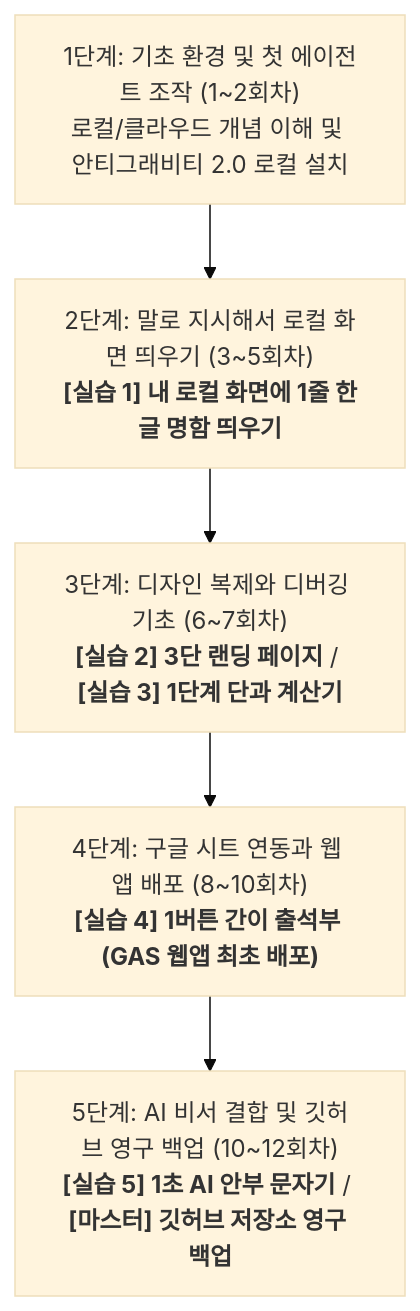
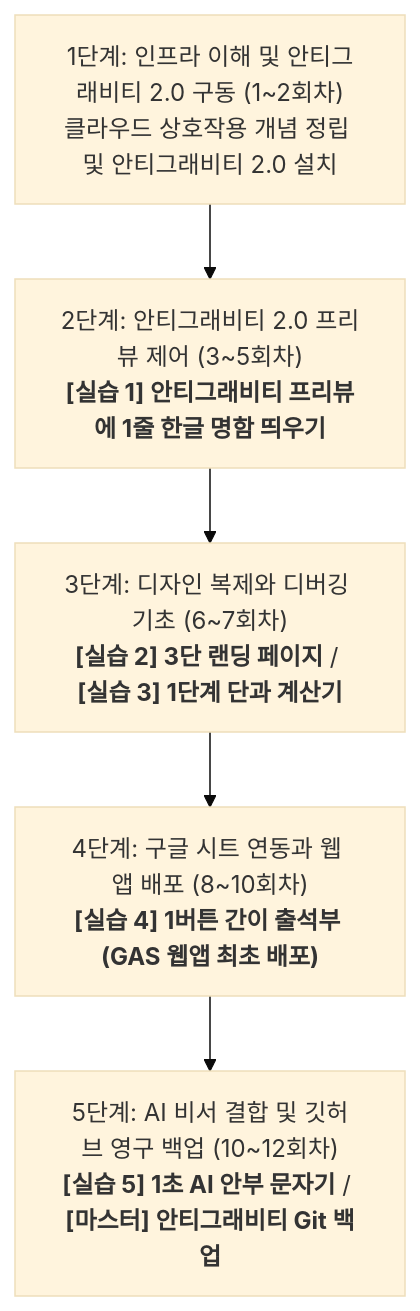
Before and after one commit to AI-aca/AIEdu: the diagram in AI_Education_Curriculum_12Weeks.md, drawn with Mermaid (base theme). The commit also changed other lines of this file, not shown here.

Commit message:
영상 교육 기획서: 로컬 단어 배제 및 안티그래비티 2.0 에디터/내장 프리뷰 중심 교안 전수 개정 완료

````diff
--- a/AI_Education_Curriculum_12Weeks.md
+++ b/AI_Education_Curriculum_12Weeks.md
@@ -11,7 +11,7 @@
 ```mermaid
 graph TD
-    A["1단계: 기초 환경 및 첫 에이전트 조작 (1~2회차)<br>로컬/클라우드 개념 이해 및 안티그래비티 2.0 로컬 설치"] --> B["2단계: 말로 지시해서 로컬 화면 띄우기 (3~5회차)<br><b>[실습 1] 내 로컬 화면에 1줄 한글 명함 띄우기</b>"]
+    A["1단계: 인프라 이해 및 안티그래비티 2.0 구동 (1~2회차)<br>클라우드 상호작용 개념 정립 및 안티그래비티 2.0 설치"] --> B["2단계: 안티그래비티 2.0 프리뷰 제어 (3~5회차)<br><b>[실습 1] 안티그래비티 프리뷰에 1줄 한글 명함 띄우기</b>"]
     B --> C["3단계: 디자인 복제와 디버깅 기초 (6~7회차)<br><b>[실습 2] 3단 랜딩 페이지</b> / <b>[실습 3] 1단계 단과 계산기</b>"]
     C --> D["4단계: 구글 시트 연동과 웹 앱 배포 (8~10회차)<br><b>[실습 4] 1버튼 간이 출석부 (GAS 웹앱 최초 배포)</b>"]
-    D --> E["5단계: AI 비서 결합 및 깃허브 영구 백업 (10~12회차)<br><b>[실습 5] 1초 AI 안부 문자기</b> / <b>[마스터] 깃허브 저장소 영구 백업</b>"]
+    D --> E["5단계: AI 비서 결합 및 깃허브 영구 백업 (10~12회차)<br><b>[실습 5] 1초 AI 안부 문자기</b> / <b>[마스터] 안티그래비티 Git 백업</b>"]
 ```
````
